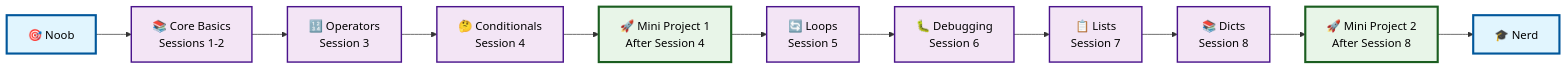
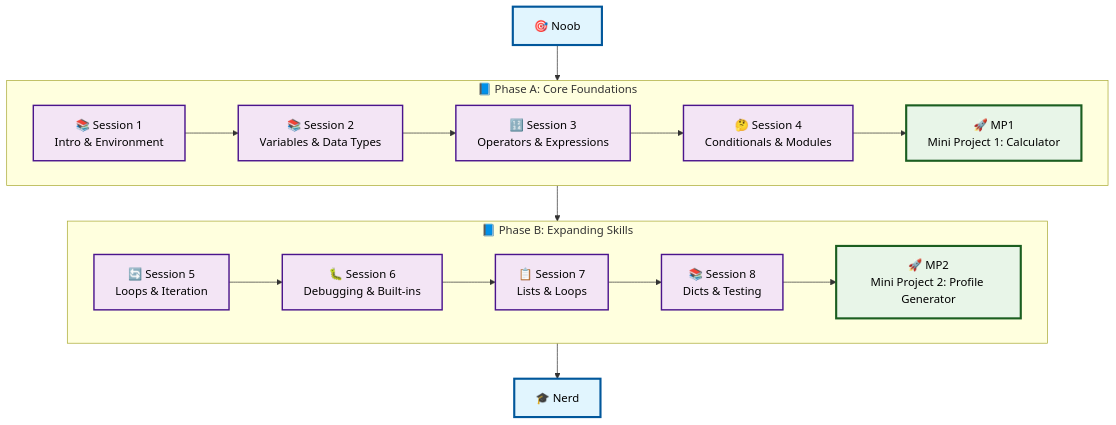
Before and after one commit to Swamy-s-Tech-Skills-Academy/python-fundamentals: the diagram in docs/sessions/L1/Plan.md, drawn with Mermaid.

Commit message:
Refactor visual roadmap in Plan.md to enhance clarity and structure; separate phases into distinct subgraphs for better understanding of the learning path.

````diff
--- a/docs/sessions/L1/Plan.md
+++ b/docs/sessions/L1/Plan.md
@@ -35,21 +35,32 @@
 ```mermaid
-flowchart LR
-    A[🎯 Noob] --> B[📚 Core Basics<br/>Sessions 1-2]
-    B --> C[🔢 Operators<br/>Session 3]
-    C --> D[🤔 Conditionals<br/>Session 4]
-    D --> E[🚀 Mini Project 1<br/>After Session 4]
-    E --> F[🔄 Loops<br/>Session 5]
-    F --> G[🐛 Debugging<br/>Session 6]
-    G --> H[📋 Lists<br/>Session 7]
-    H --> I[📚 Dicts<br/>Session 8]
-    I --> J[🚀 Mini Project 2<br/>After Session 8]
-    J --> K[🎓 Nerd]
-    
+flowchart TB
+    A[🎯 Noob] --> PhaseA
+    PhaseA --> PhaseB
+    PhaseB --> K[🎓 Nerd]
+
+    subgraph PhaseA[📘 Phase A: Core Foundations]
+        B1[📚 Session 1<br/>Intro & Environment]
+        B2[📚 Session 2<br/>Variables & Data Types]
+        B3[🔢 Session 3<br/>Operators & Expressions]
+        B4[🤔 Session 4<br/>Conditionals & Modules]
+        B5[🚀 MP1<br/>Mini Project 1: Calculator]
+        B1 --> B2 --> B3 --> B4 --> B5
+    end
+
+    subgraph PhaseB[📘 Phase B: Expanding Skills]
+        C1[🔄 Session 5<br/>Loops & Iteration]
+        C2[🐛 Session 6<br/>Debugging & Built-ins]
+        C3[📋 Session 7<br/>Lists & Loops]
+        C4[📚 Session 8<br/>Dicts & Testing]
+        C5[🚀 MP2<br/>Mini Project 2: Profile Generator]
+        C1 --> C2 --> C3 --> C4 --> C5
+    end
+
     classDef startEnd fill:#e1f5fe,stroke:#01579b,stroke-width:3px,color:#000
     classDef session fill:#f3e5f5,stroke:#4a148c,stroke-width:2px,color:#000
     classDef project fill:#e8f5e8,stroke:#1b5e20,stroke-width:3px,color:#000
-    
+
     class A,K startEnd
-    class B,C,D,F,G,H,I session
-    class E,J project
+    class B1,B2,B3,B4,C1,C2,C3,C4 session
+    class B5,C5 project
 ```
````
